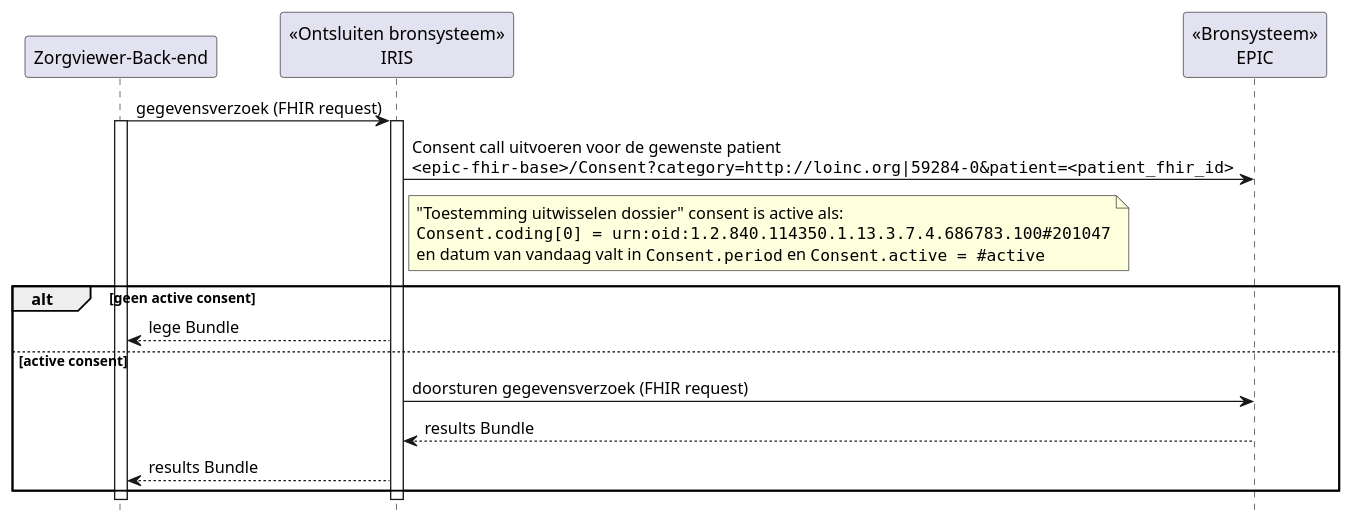
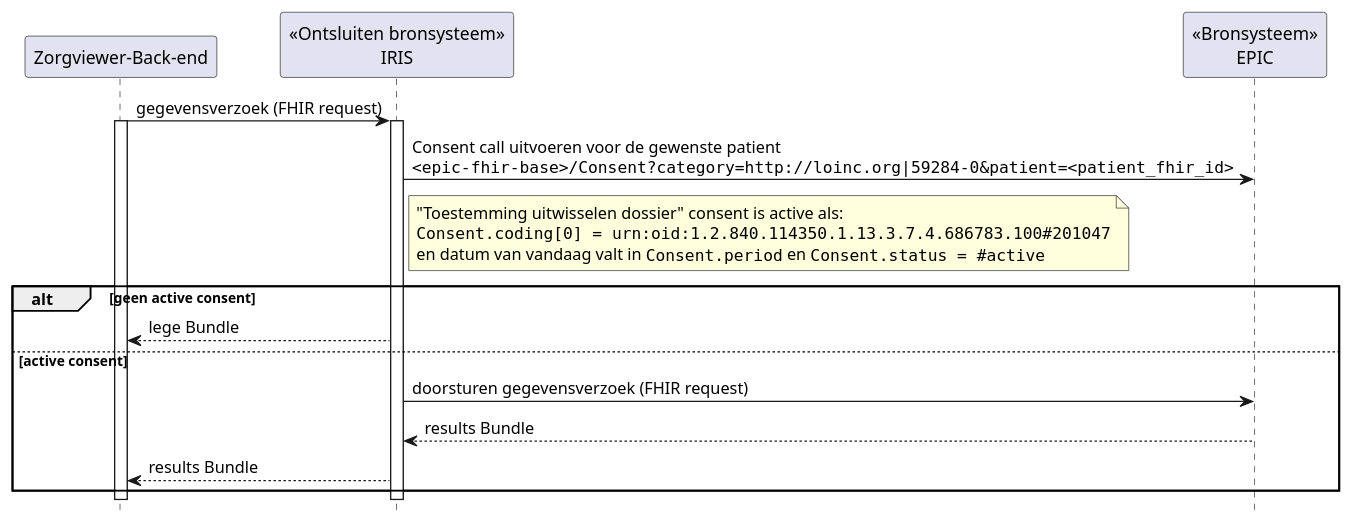
Before and after one commit to RIVO-Noord/zorgviewer-ig: the diagram in input/images-source/Consent-seq.plantuml, drawn with PlantUML.

```diff
--- a/input/images-source/Consent-seq.plantuml
+++ b/input/images-source/Consent-seq.plantuml
@@ -1,28 +1,28 @@
 @startuml
 hide footbox
 
 participant "Zorgviewer-Back-end" as zv
 participant "<<Ontsluiten bronsysteem>>\nIRIS" as obron
 participant "<<Bronsysteem>>\nEPIC" as bron
 
 zv->obron: gegevensverzoek (FHIR request)
 activate zv
 activate obron
 obron->bron: Consent call uitvoeren voor de gewenste patient\n""<epic-fhir-base>/Consent?category=http://loinc.org|59284-0&patient=<patient_fhir_id>""
 note right obron
   "Toestemming uitwisselen dossier" consent is active als:
   ""Consent.coding[0] = urn:oid:1.2.840.114350.1.13.3.7.4.686783.100#201047""
-  en datum van vandaag valt in ""Consent.period"" en ""Consent.active = #active""
+  en datum van vandaag valt in ""Consent.period"" en ""Consent.status = #active""
 end note
 alt geen active consent
   obron-->zv: lege Bundle
 else active consent
   obron->bron: doorsturen gegevensverzoek (FHIR request)
   bron-->obron: results Bundle
   obron-->zv: results Bundle
 end
 
 deactivate obron
 deactivate zv
 
 @enduml
```
